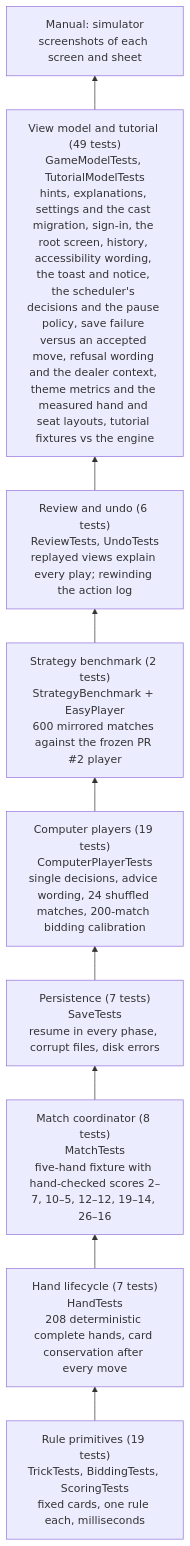
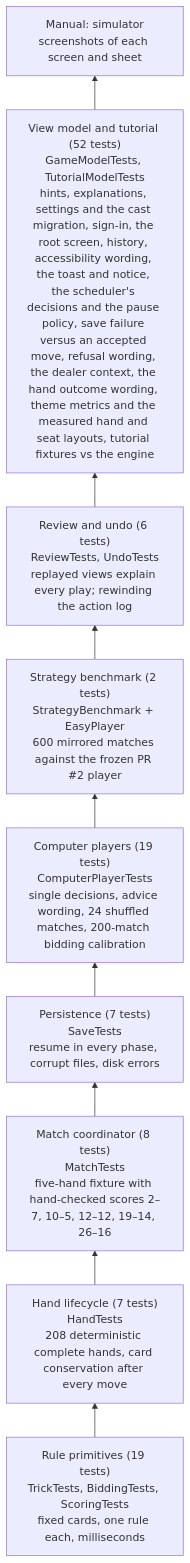
The first of 2 diagrams in docs/testing.md (cmurphy1140/catch-5), drawn with Mermaid before and after one commit. The commit also changed other lines of this file and 8 other files, not shown here.

````diff
--- a/docs/testing.md
+++ b/docs/testing.md
@@ -40,13 +40,13 @@
 ```mermaid
 flowchart BT
     L1["Rule primitives (19 tests)<br/>TrickTests, BiddingTests, ScoringTests<br/>fixed cards, one rule each, milliseconds"]
     L2["Hand lifecycle (7 tests)<br/>HandTests<br/>208 deterministic complete hands, card conservation after every move"]
     L3["Match coordinator (8 tests)<br/>MatchTests<br/>five-hand fixture with hand-checked scores 2–7, 10–5, 12–12, 19–14, 26–16"]
     L4["Persistence (7 tests)<br/>SaveTests<br/>resume in every phase, corrupt files, disk errors"]
     L5["Computer players (19 tests)<br/>ComputerPlayerTests<br/>single decisions, advice wording, 24 shuffled matches, 200-match bidding calibration"]
     L5b["Strategy benchmark (2 tests)<br/>StrategyBenchmark + EasyPlayer<br/>600 mirrored matches against the frozen PR #2 player"]
     L5c["Review and undo (6 tests)<br/>ReviewTests, UndoTests<br/>replayed views explain every play; rewinding the action log"]
-    L6["View model and tutorial (49 tests)<br/>GameModelTests, TutorialModelTests<br/>hints, explanations, settings and the cast migration, sign-in, the root screen, history, accessibility wording, the toast and notice, the scheduler's decisions and the pause policy, save failure versus an accepted move, refusal wording and the dealer context, theme metrics and the measured hand and seat layouts, tutorial fixtures vs the engine"]
+    L6["View model and tutorial (52 tests)<br/>GameModelTests, TutorialModelTests<br/>hints, explanations, settings and the cast migration, sign-in, the root screen, history, accessibility wording, the toast and notice, the scheduler's decisions and the pause policy, save failure versus an accepted move, refusal wording, the dealer context, the hand outcome wording, theme metrics and the measured hand and seat layouts, tutorial fixtures vs the engine"]
     L7["Manual: simulator<br/>screenshots of each screen and sheet"]
     L1 --> L2 --> L3 --> L4 --> L5 --> L5b --> L5c --> L6 --> L7
 ```
````
